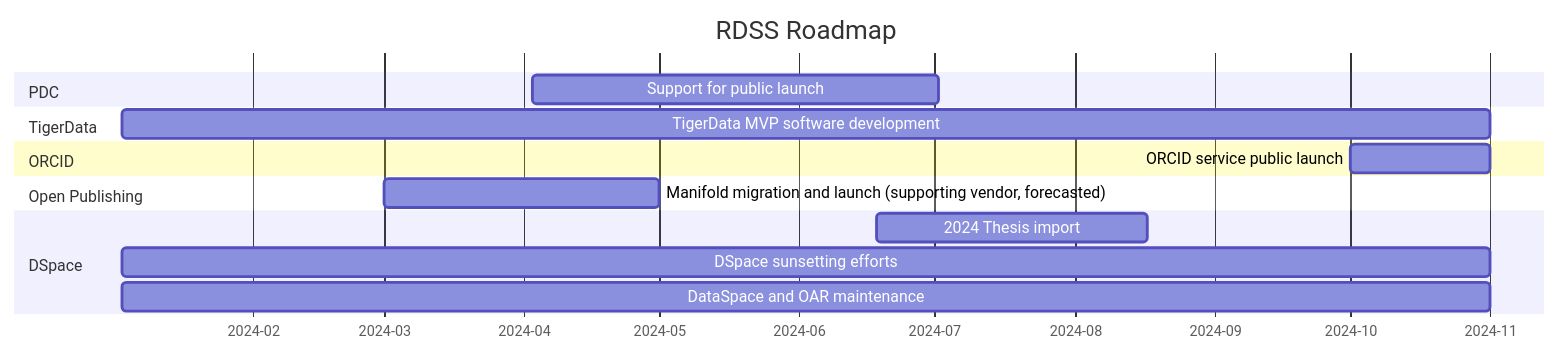
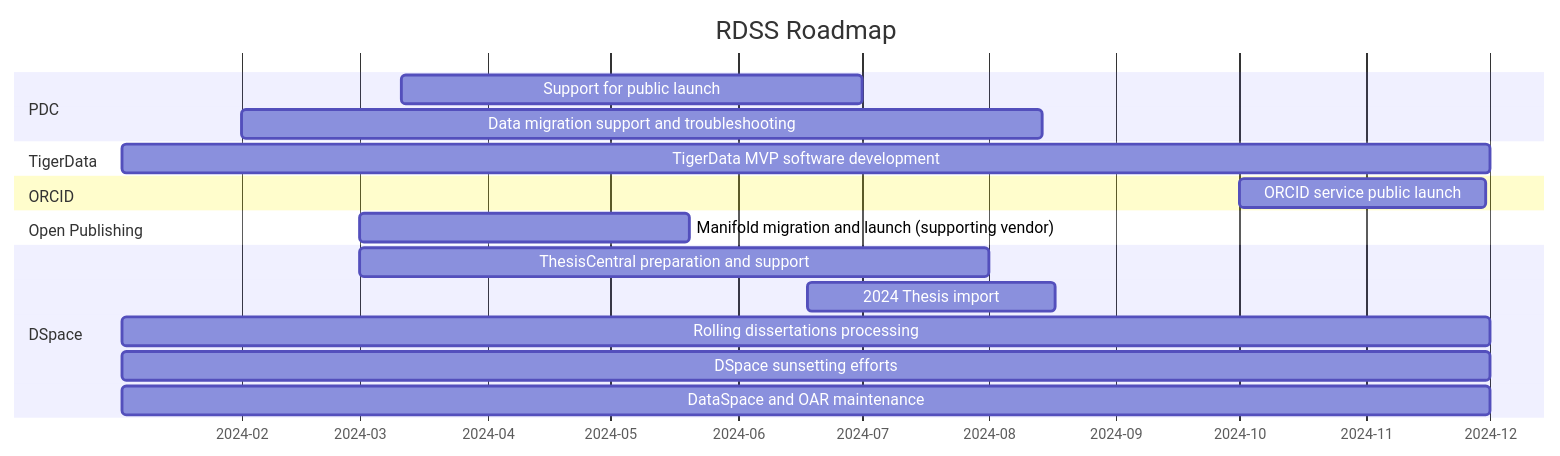
Before and after one commit to pulibrary/rdss-handbook: the first of 40 diagrams in roadmap.md, drawn with Mermaid.

Commit message:
Roadmap updates from RDSS meeting

````diff
--- a/roadmap.md
+++ b/roadmap.md
@@ -5,18 +5,21 @@
 ```mermaid
 gantt
     title RDSS Roadmap
     axisFormat  %Y-%m
     dateformat YYYY-MM
     section PDC
-    Support for public launch: pd1,2024-04-03,90d
+    Support for public launch: pd1,2024-03-11,112d
+    Data migration support and troubleshooting: pd2,2024-02-01,195d
     section TigerData
-    TigerData MVP software development: td1,2024-01-03,303d
+    TigerData MVP software development: td1,2024-01-03,333d
     section ORCID
-    ORCID service public launch: pd3,2024-10-01,31d
+    ORCID service public launch: pd3,2024-10-01,60d
     section Open Publishing
-    Manifold migration and launch (supporting vendor, forecasted): op1,2024-03-01,61d
+    Manifold migration and launch (supporting vendor): op1,2024-03-01,80d
     section DSpace
-    2024 Thesis import: dsp1,2024-06-18,60d
-    DSpace sunsetting efforts: dsp2,2024-01-03,303d
-    DataSpace and OAR maintenance: dsp3,2024-01-03,303d
+    ThesisCentral preparation and support: dsp1,2024-03-01,153d
+    2024 Thesis import: dsp2,2024-06-18,60d
+    Rolling dissertations processing: dsp3,2024-01-03,333d
+    DSpace sunsetting efforts: dsp4,2024-01-03,333d
+    DataSpace and OAR maintenance: dsp5,2024-01-03,333d
 ```
````
